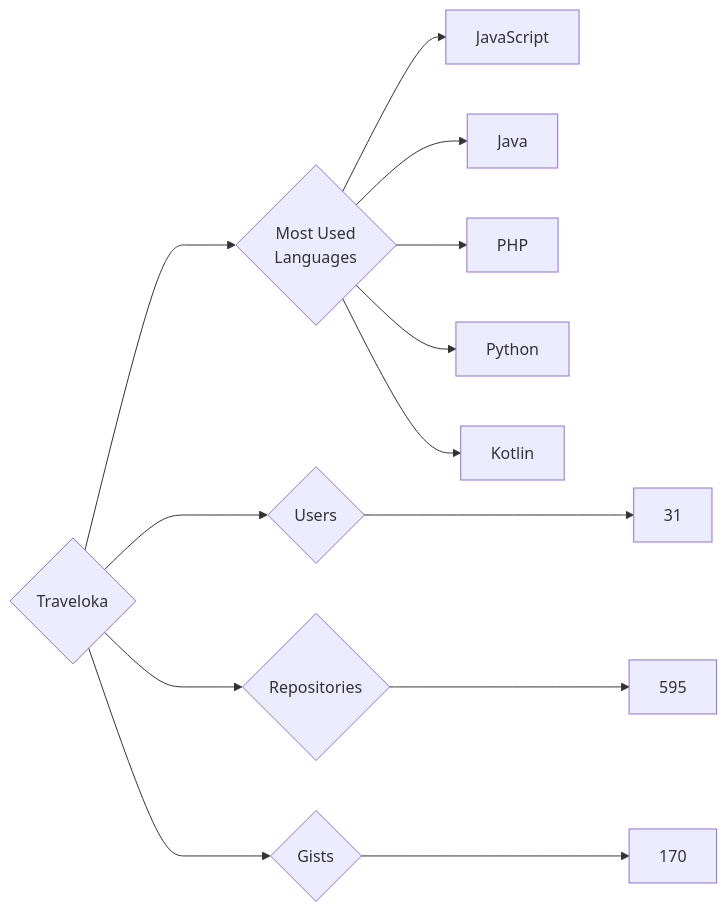
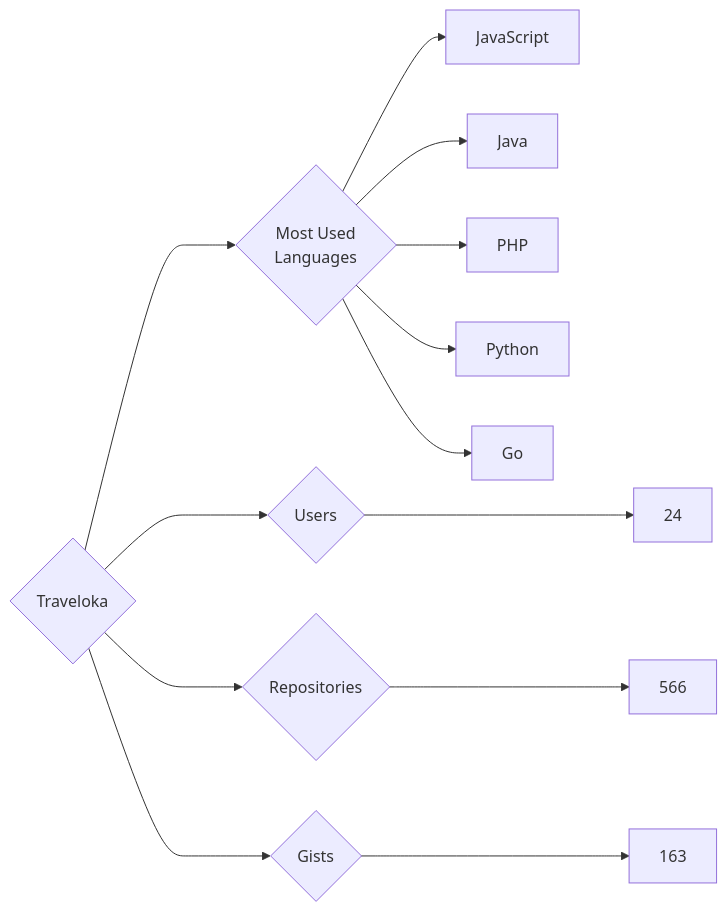
The diagram in targets/Traveloka/README.md (trickest/insiders), drawn with Mermaid before and after one commit. The commit also changed 797 other files, not shown here.

````diff
--- a/targets/Traveloka/README.md
+++ b/targets/Traveloka/README.md
@@ -3,13 +3,13 @@
 ```mermaid
 graph LR
 COMPANY_NAME{Traveloka}
-COMPANY_NAME ---> U{Users} ---> UN[31]
-COMPANY_NAME ---> R{Repositories} ---> RN[595]
-COMPANY_NAME ---> G{Gists} ---> GN[170]
+COMPANY_NAME ---> U{Users} ---> UN[24]
+COMPANY_NAME ---> R{Repositories} ---> RN[566]
+COMPANY_NAME ---> G{Gists} ---> GN[163]
 COMPANY_NAME ---> ML{Most Used<br>Languages}
 ML --> JavaScript[JavaScript]
 ML --> Java[Java]
 ML --> PHP[PHP]
 ML --> Python[Python]
-ML --> Kotlin[Kotlin]
+ML --> Go[Go]
 ```
````
